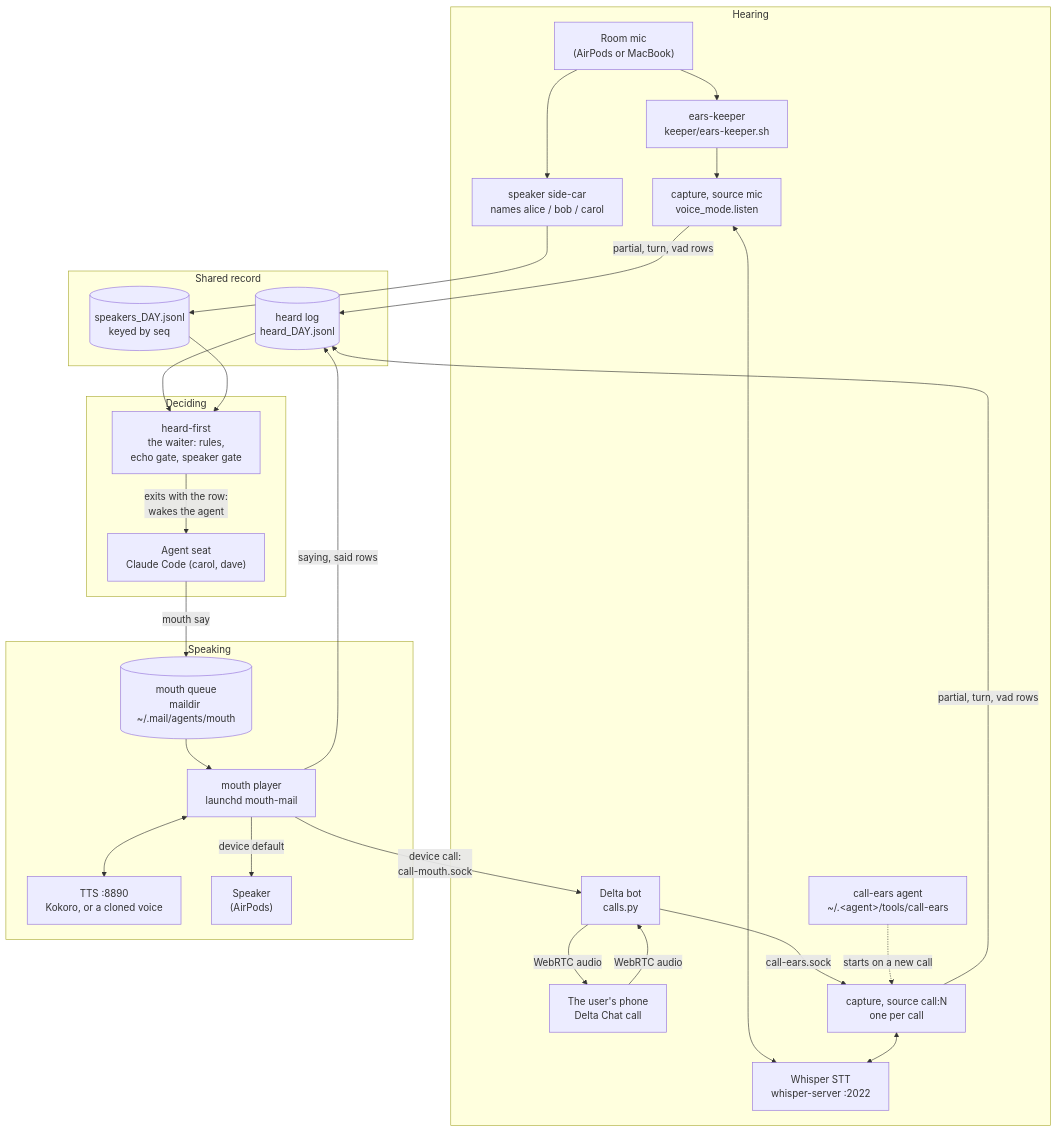
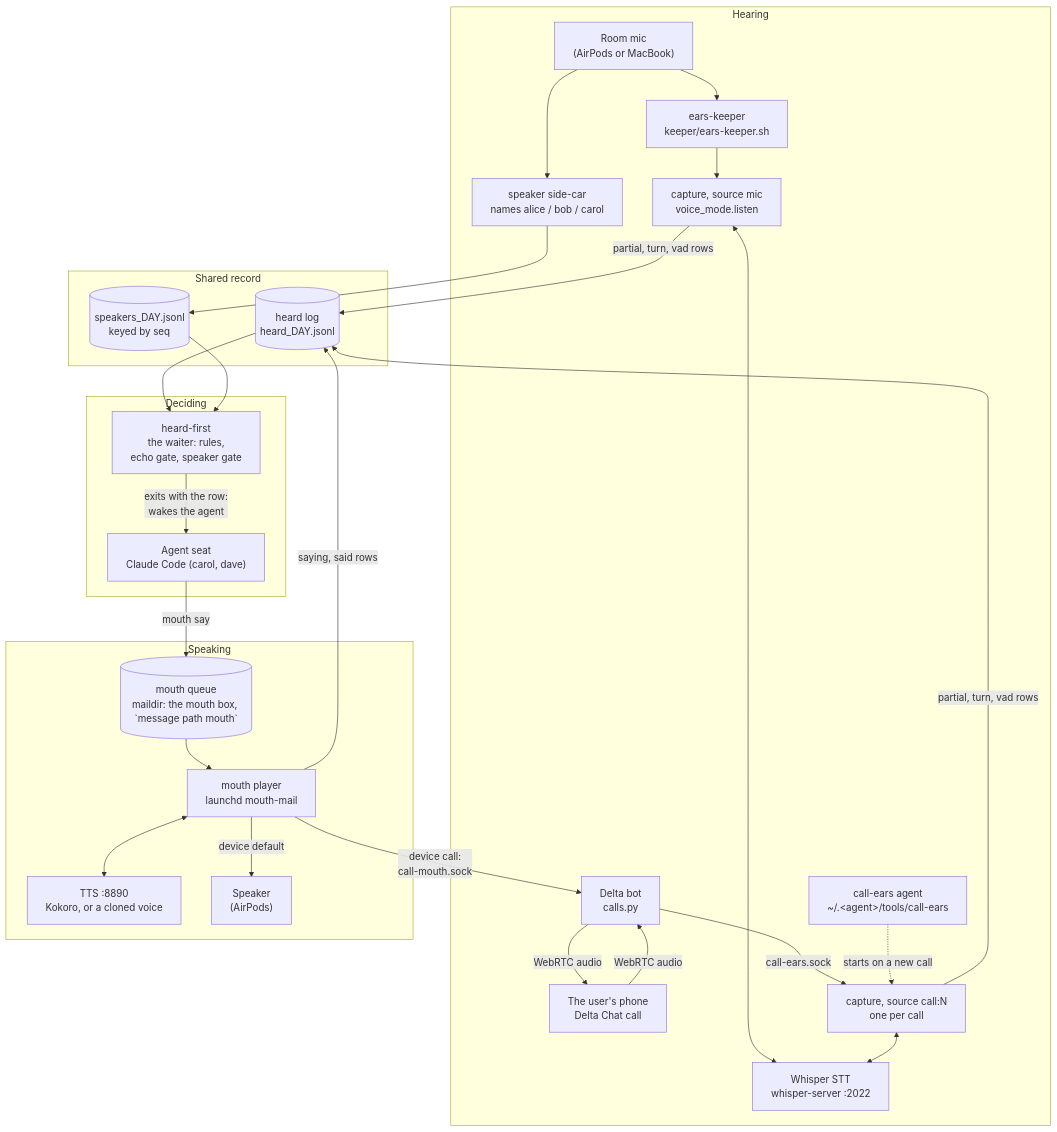
The first of 3 diagrams in docs/architecture.md (sessionkit/sessionvoice), drawn with Mermaid before and after one commit. The commit also changed 143 other files, not shown here.

````diff
--- a/docs/architecture.md
+++ b/docs/architecture.md
@@ -30,50 +30,50 @@
 ```mermaid
 flowchart TB
   subgraph IN["Hearing"]
     mic["Room mic<br/>(AirPods or MacBook)"]
     phone["The user's phone<br/>Delta Chat call"]
     bot["Delta bot<br/>calls.py"]
     keeper["ears-keeper<br/>keeper/ears-keeper.sh"]
     callears["call-ears agent<br/>~/.#lt;agent#gt;/tools/call-ears"]
     capR["capture, source mic<br/>voice_mode.listen"]
     capC["capture, source call:N<br/>one per call"]
     stt["Whisper STT<br/>whisper-server :2022"]
     side["speaker side-car<br/>names alice / bob / carol"]
   end
 
   subgraph LOG["Shared record"]
     heard[("heard log<br/>heard_DAY.jsonl")]
     spk[("speakers_DAY.jsonl<br/>keyed by seq")]
   end
 
   subgraph THINK["Deciding"]
     waiter["heard-first<br/>the waiter: rules,<br/>echo gate, speaker gate"]
     agent["Agent seat<br/>Claude Code (carol, dave)"]
   end
 
   subgraph OUT["Speaking"]
-    q[("mouth queue<br/>maildir ~/.mail/agents/mouth")]
+    q[("mouth queue<br/>maildir: the mouth box, `message path mouth`")]
     player["mouth player<br/>launchd mouth-mail"]
     tts["TTS :8890<br/>Kokoro, or a cloned voice"]
     spkr["Speaker<br/>(AirPods)"]
   end
 
   mic --> keeper --> capR
   phone -- "WebRTC audio" --> bot
   bot -- "call-ears.sock" --> capC
   callears -. "starts on a new call" .-> capC
   capR <--> stt
   capC <--> stt
   capR -- "partial, turn, vad rows" --> heard
   capC -- "partial, turn, vad rows" --> heard
   mic --> side --> spk
   heard --> waiter
   spk --> waiter
   waiter -- "exits with the row:<br/>wakes the agent" --> agent
   agent -- "mouth say" --> q --> player
   player <--> tts
   player -- "saying, said rows" --> heard
   player -- "device default" --> spkr
   player -- "device call:<br/>call-mouth.sock" --> bot
   bot -- "WebRTC audio" --> phone
 ```
````
